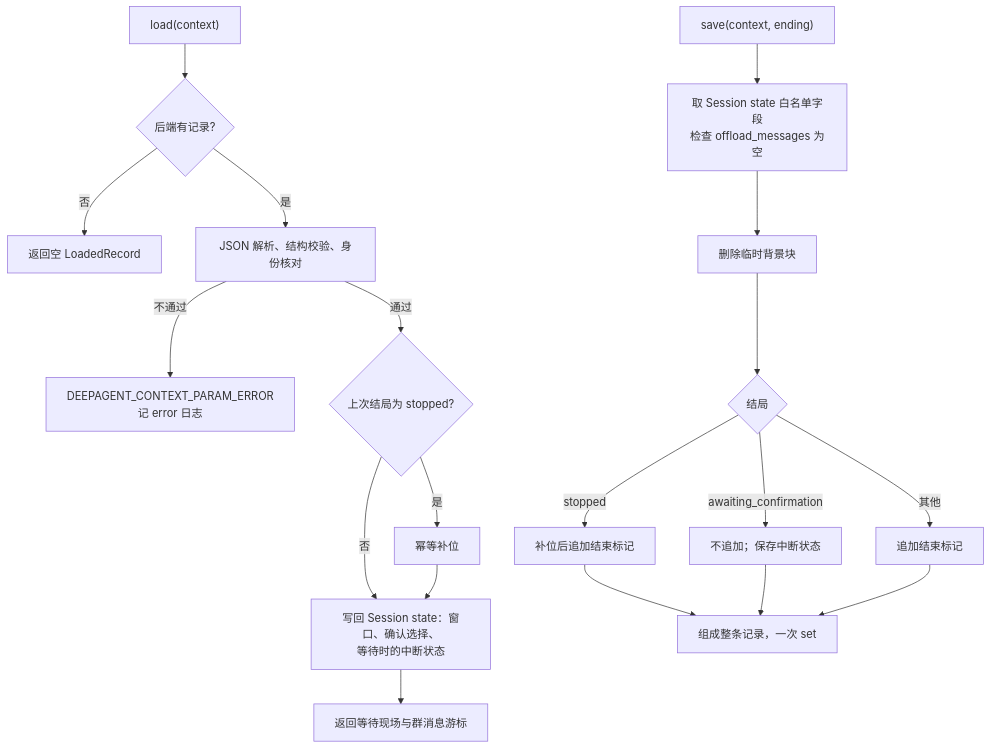
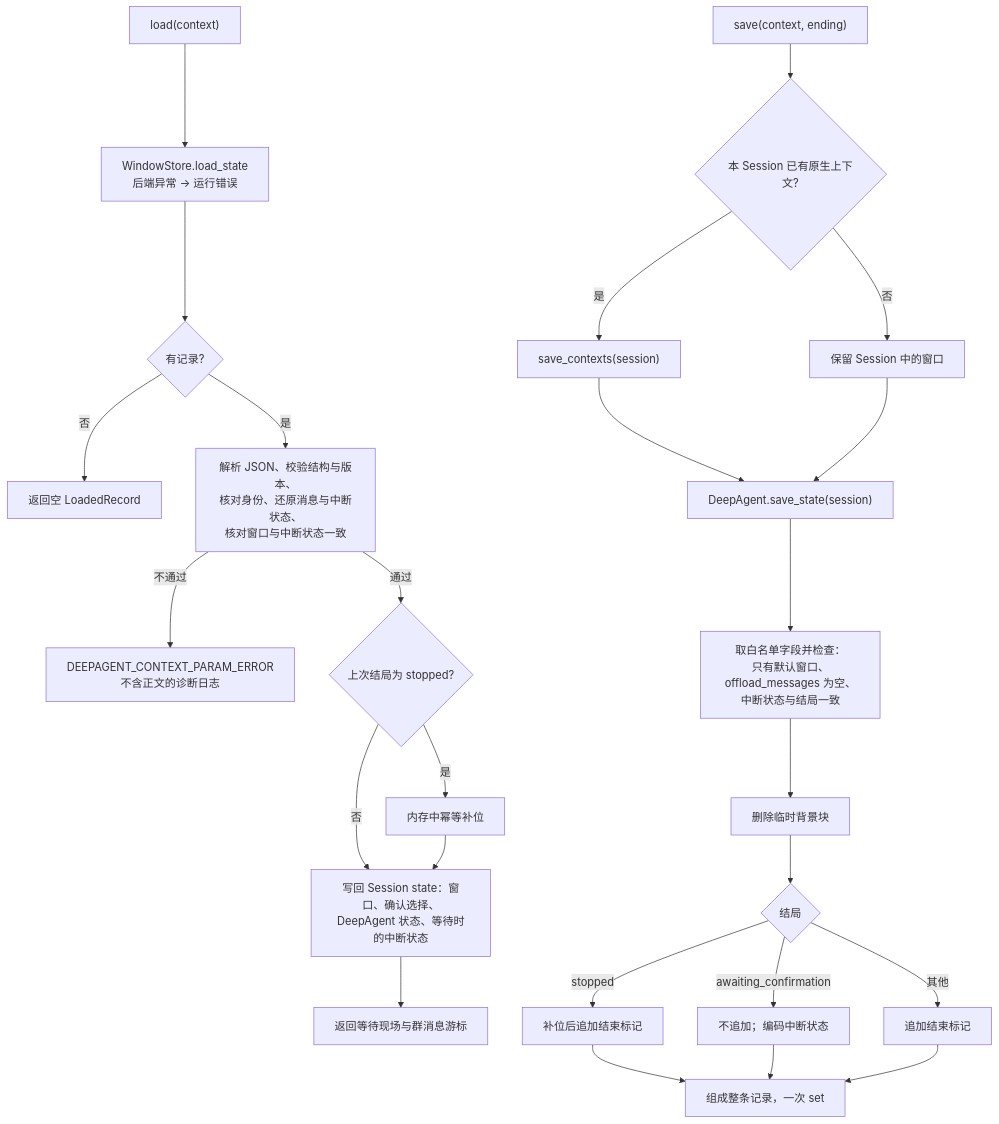
The second of 2 diagrams in openjiuwen/harness/persistent_agent/docs/features/F_17_session-state-record.md (openJiuwen-ai/agent-core), drawn with Mermaid before and after one commit. The commit also changed other lines of this file and 1 other file, not shown here.

First line of the commit message:
docs(harness): record confirmed PA-10 session state decisions

````diff
--- a/openjiuwen/harness/persistent_agent/docs/features/F_17_session-state-record.md
+++ b/openjiuwen/harness/persistent_agent/docs/features/F_17_session-state-record.md
@@ -262,22 +293,28 @@
 ```mermaid
 flowchart TD
-    L0["load(context)"] --> L1{"后端有记录?"}
-    L1 -- 否 --> L2["返回空 LoadedRecord"]
-    L1 -- 是 --> L3["JSON 解析、结构校验、身份核对"]
-    L3 -- 不通过 --> LX["DEEPAGENT_CONTEXT_PARAM_ERROR<br/>记 error 日志"]
-    L3 -- 通过 --> L4{"上次结局为 stopped?"}
-    L4 -- 是 --> L5["幂等补位"]
-    L4 -- 否 --> L6
-    L5 --> L6["写回 Session state：窗口、确认选择、<br/>等待时的中断状态"]
-    L6 --> L7["返回等待现场与群消息游标"]
+    L0["load(context)"] --> L1["WindowStore.load_state<br/>后端异常 → 运行错误"]
+    L1 --> L2{"有记录?"}
+    L2 -- 否 --> L3["返回空 LoadedRecord"]
+    L2 -- 是 --> L4["解析 JSON、校验结构与版本、<br/>核对身份、还原消息与中断状态、<br/>核对窗口与中断状态一致"]
+    L4 -- 不通过 --> LX["DEEPAGENT_CONTEXT_PARAM_ERROR<br/>不含正文的诊断日志"]
+    L4 -- 通过 --> L5{"上次结局为 stopped?"}
+    L5 -- 是 --> L6["内存中幂等补位"]
+    L5 -- 否 --> L7
+    L6 --> L7["写回 Session state：窗口、确认选择、<br/>DeepAgent 状态、等待时的中断状态"]
+    L7 --> L8["返回等待现场与群消息游标"]
 
-    S0["save(context, ending)"] --> S1["取 Session state 白名单字段<br/>检查 offload_messages 为空"]
-    S1 --> S2["删除临时背景块"]
-    S2 --> S3{"结局"}
-    S3 -- stopped --> S4["补位后追加结束标记"]
-    S3 -- awaiting_confirmation --> S5["不追加；保存中断状态"]
-    S3 -- 其他 --> S6["追加结束标记"]
-    S4 --> S7["组成整条记录，一次 set"]
-    S5 --> S7
-    S6 --> S7
+    S0["save(context, ending)"] --> S1{"本 Session 已有原生上下文?"}
+    S1 -- 是 --> S2["save_contexts(session)"]
+    S1 -- 否 --> S3["保留 Session 中的窗口"]
+    S2 --> S4["DeepAgent.save_state(session)"]
+    S3 --> S4
+    S4 --> S5["取白名单字段并检查：<br/>只有默认窗口、offload_messages 为空、<br/>中断状态与结局一致"]
+    S5 --> S6["删除临时背景块"]
+    S6 --> S7{"结局"}
+    S7 -- stopped --> S8["补位后追加结束标记"]
+    S7 -- awaiting_confirmation --> S9["不追加；编码中断状态"]
+    S7 -- 其他 --> S10["追加结束标记"]
+    S8 --> S11["组成整条记录，一次 set"]
+    S9 --> S11
+    S10 --> S11
 ```
````
